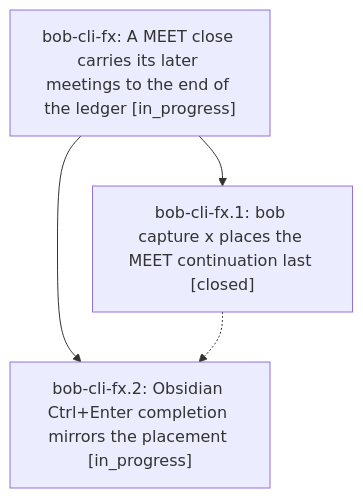
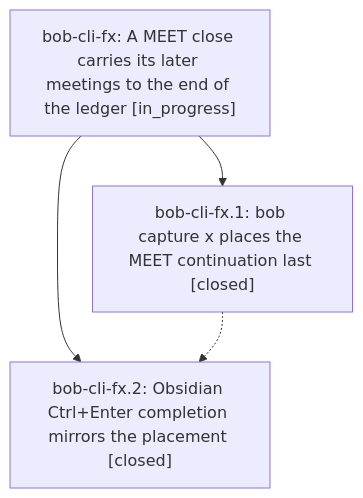
The diagram in pages/bob-cli-fx/README.md (bobs-org/bob-cli--beads), drawn with Mermaid before and after one commit. The commit also changed other lines of this file and 2 other files, not shown here.

First line of the commit message:
chore(beads): sync bead state and pages for bob-cli-fx

````diff
--- a/pages/bob-cli-fx/README.md
+++ b/pages/bob-cli-fx/README.md
@@ -23,9 +23,9 @@
 ```mermaid
 flowchart TD
     n0["bob-cli-fx: A MEET close carries its later meetings to the end of the ledger [in_progress]"]
     n1["bob-cli-fx.1: bob capture x places the MEET continuation last [closed]"]
-    n2["bob-cli-fx.2: Obsidian Ctrl+Enter completion mirrors the placement [in_progress]"]
+    n2["bob-cli-fx.2: Obsidian Ctrl+Enter completion mirrors the placement [closed]"]
     n0 --> n1
     n0 --> n2
     n1 -.-> n2
 ```
````
